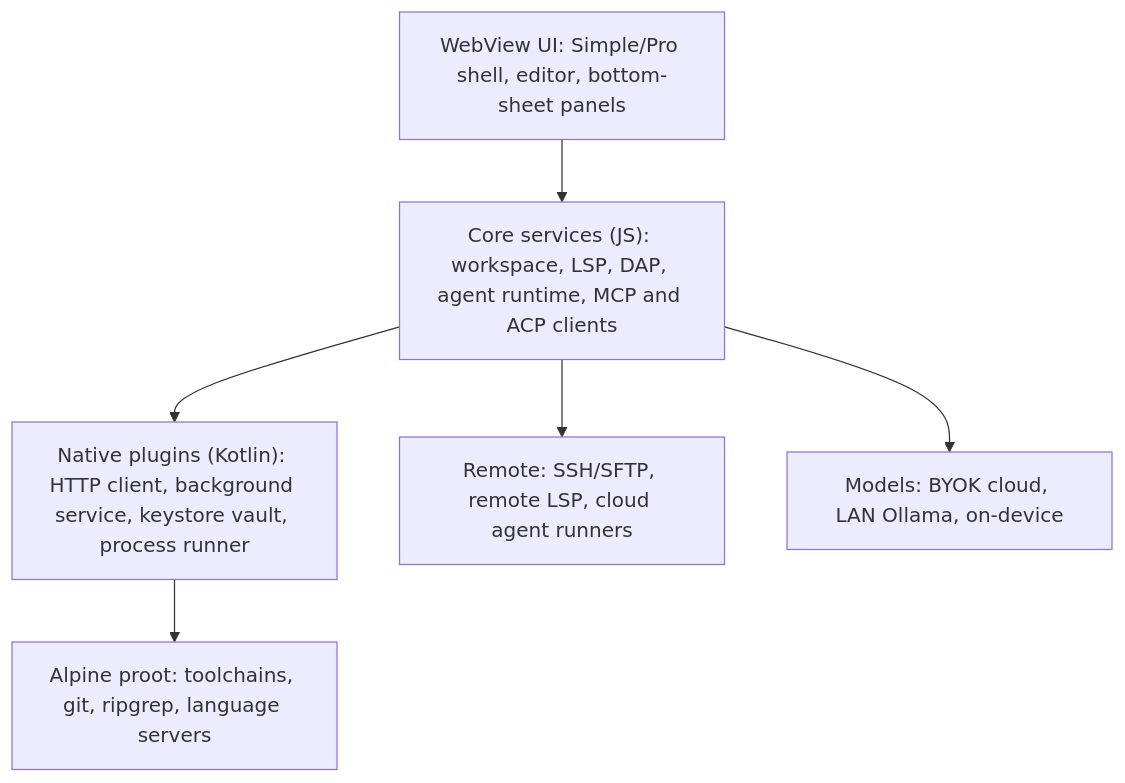
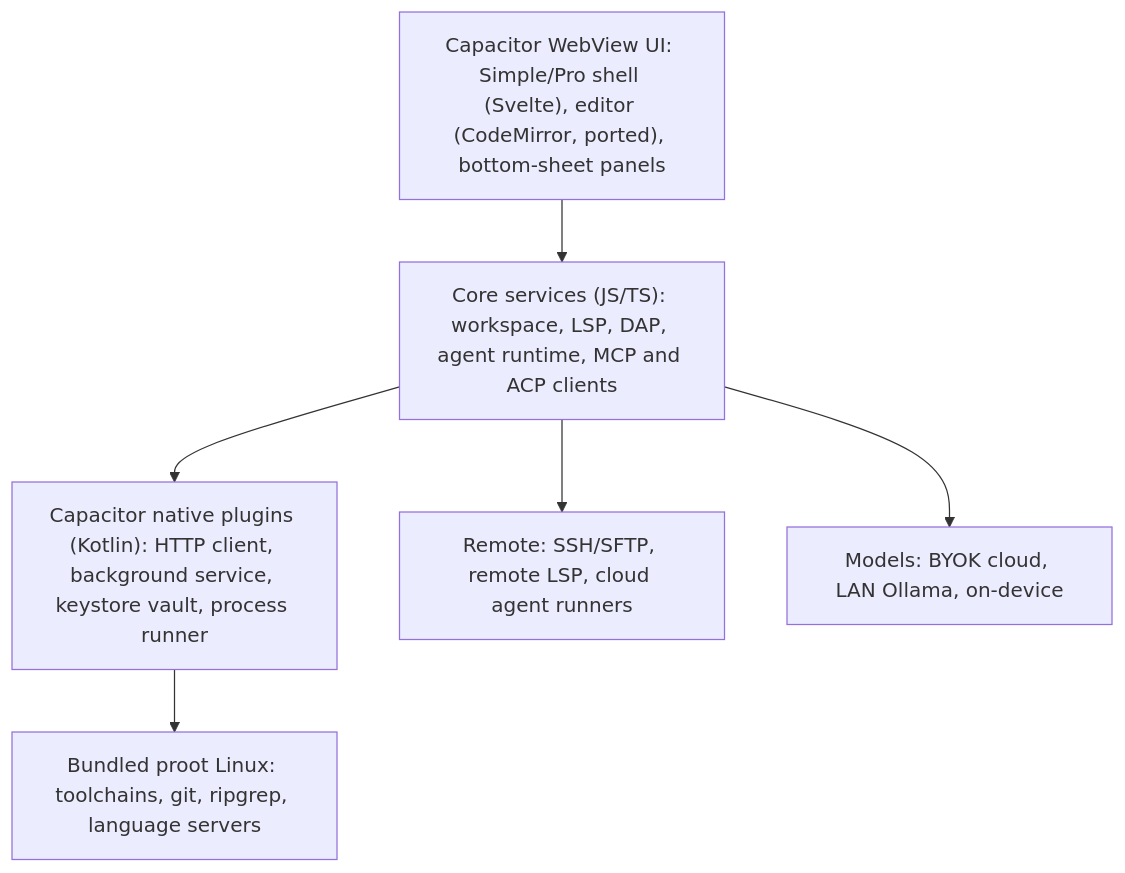
One commit to Acode-Foundation/Acode changed the diagram in docs/BLUEPRINT.md. Above: the diagram before and after it, drawn with Mermaid. The commit also changed other lines of this file, not shown here.

Commit message:
docs: revise blueprint for Capacitor shell + Svelte UI decision (v0.2)

````diff
--- a/docs/BLUEPRINT.md
+++ b/docs/BLUEPRINT.md
@@ -47,8 +49,8 @@
 ```mermaid
 flowchart TD
-  UI["WebView UI: Simple/Pro shell, editor, bottom-sheet panels"] --> CORE["Core services (JS): workspace, LSP, DAP, agent runtime, MCP and ACP clients"]
-  CORE --> NATIVE["Native plugins (Kotlin): HTTP client, background service, keystore vault, process runner"]
-  NATIVE --> LINUX["Alpine proot: toolchains, git, ripgrep, language servers"]
+  UI["Capacitor WebView UI: Simple/Pro shell (Svelte), editor (CodeMirror, ported), bottom-sheet panels"] --> CORE["Core services (JS/TS): workspace, LSP, DAP, agent runtime, MCP and ACP clients"]
+  CORE --> NATIVE["Capacitor native plugins (Kotlin): HTTP client, background service, keystore vault, process runner"]
+  NATIVE --> LINUX["Bundled proot Linux: toolchains, git, ripgrep, language servers"]
   CORE --> REMOTE["Remote: SSH/SFTP, remote LSP, cloud agent runners"]
   CORE --> LLM["Models: BYOK cloud, LAN Ollama, on-device"]
 ```
````
